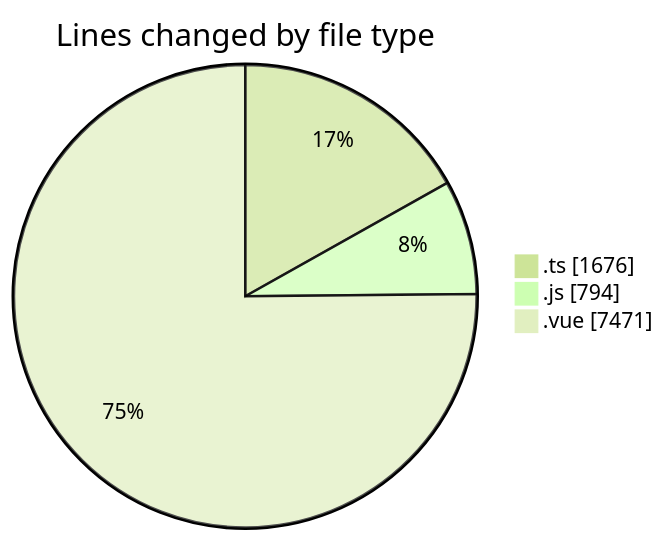
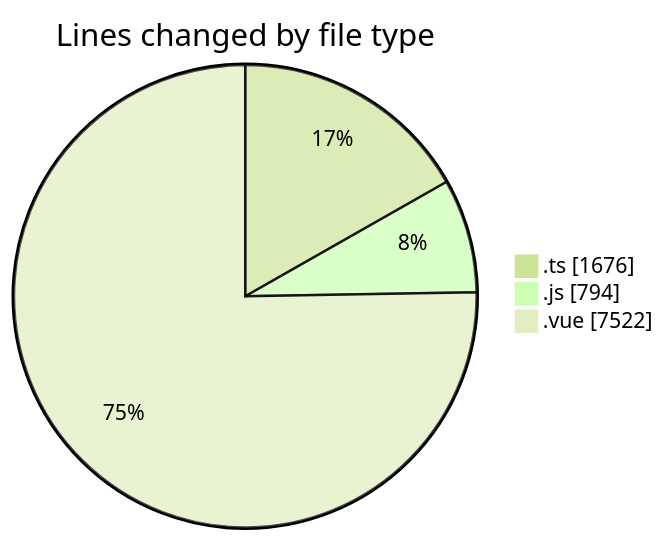
The first of 2 diagrams in 2025-08-16/rentotp/README.md (lephambinh05/code-tracking), drawn with Mermaid (forest theme) before and after one commit. The commit also changed other lines of this file and 1 other file, not shown here.

````diff
--- a/2025-08-16/rentotp/README.md
+++ b/2025-08-16/rentotp/README.md
@@ -45,7 +45,7 @@
 ```mermaid
 pie showData
 title Lines changed by file type
 ".ts" : 1676
 ".js" : 794
-".vue" : 7471
+".vue" : 7522
 ```
````
